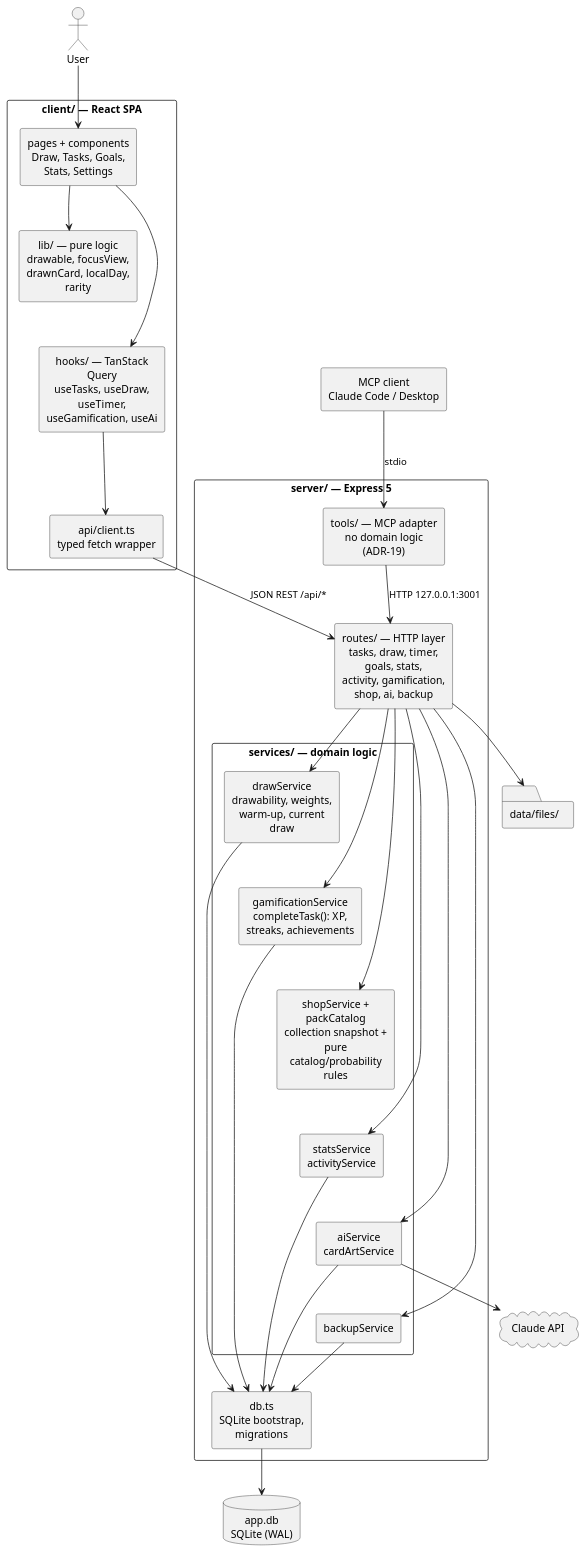
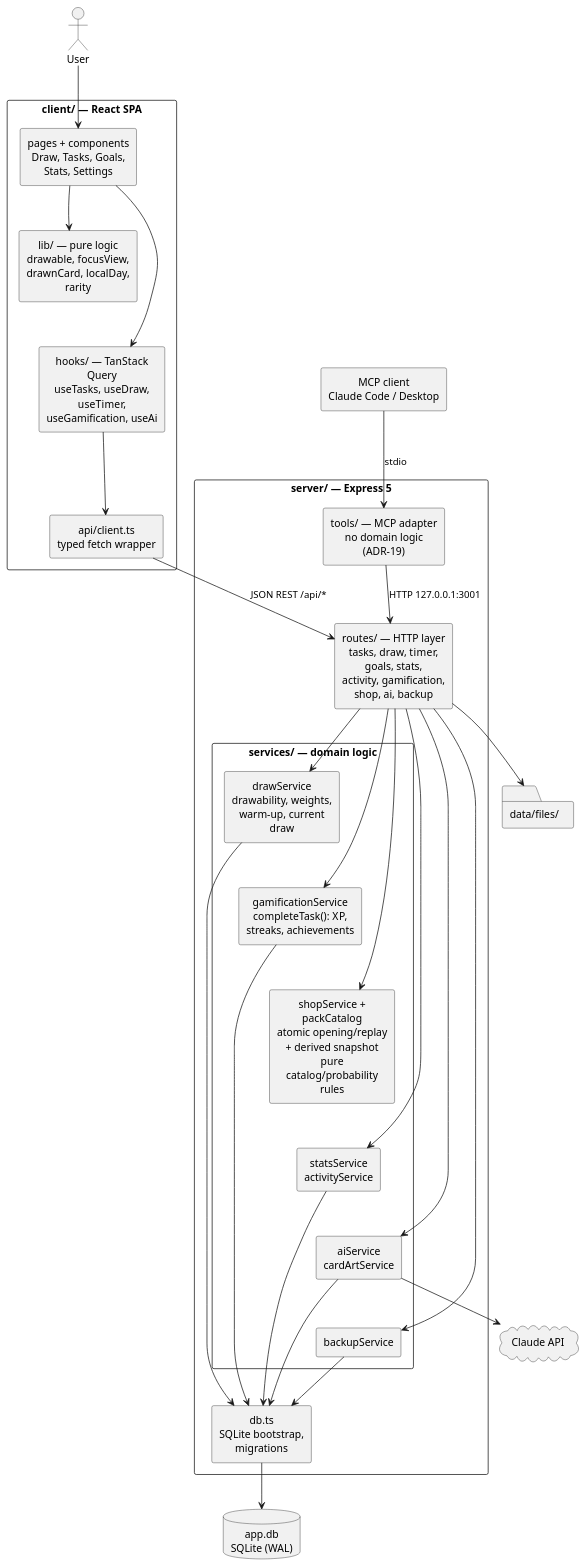
The diagram in docs/modules/ROOT/pages/05_building_block_view.adoc (FelixGeisler/draw), drawn with PlantUML before and after one commit. The commit also changed other lines of this file and 11 other files, not shown here.

```diff
--- a/docs/modules/ROOT/pages/05_building_block_view.adoc
+++ b/docs/modules/ROOT/pages/05_building_block_view.adoc
@@ -16,68 +16,68 @@
 [plantuml,building-blocks,svg]
 ....
 @startuml
 skinparam componentStyle rectangle
 skinparam shadowing false
 skinparam wrapWidth 150
 skinparam defaultTextAlignment center
 skinparam packageStyle rectangle
 hide stereotype
 
 actor "User" as user
 component "MCP client\nClaude Code / Desktop" as mcpClient
 
 package "client/ — React SPA" {
   component "pages + components\nDraw, Tasks, Goals,\nStats, Settings" as pages
   component "lib/ — pure logic\ndrawable, focusView,\ndrawnCard, localDay, rarity" as clib
   component "hooks/ — TanStack Query\nuseTasks, useDraw, useTimer,\nuseGamification, useAi" as hooks
   component "api/client.ts\ntyped fetch wrapper" as apiClient
 }
 
 package "server/ — Express 5" {
   component "tools/ — MCP adapter\nno domain logic (ADR-19)" as mcpAdapter
   component "routes/ — HTTP layer\ntasks, draw, timer, goals, stats,\nactivity, gamification, shop, ai, backup" as routes
   package "services/ — domain logic" {
     component "drawService\ndrawability, weights,\nwarm-up, current draw" as drawSvc
     component "gamificationService\ncompleteTask(): XP,\nstreaks, achievements" as gamSvc
-    component "shopService + packCatalog\ncollection snapshot + pure\ncatalog/probability rules" as shopSvc
+    component "shopService + packCatalog\natomic opening/replay + derived snapshot\npure catalog/probability rules" as shopSvc
     component "statsService\nactivityService" as statsSvc
     component "aiService\ncardArtService" as aiSvc
     component "backupService" as backupSvc
   }
   component "db.ts\nSQLite bootstrap, migrations" as dbmod
 }
 
 database "app.db\nSQLite (WAL)" as sqlite
 folder "data/files/" as files
 cloud "Claude API" as claude
 
 user --> pages
 pages --> hooks
 pages --> clib
 hooks --> apiClient
 apiClient --> routes : "JSON REST /api/*"
 mcpClient --> mcpAdapter : stdio
 mcpAdapter --> routes : "HTTP 127.0.0.1:3001"
 routes --> drawSvc
 routes --> gamSvc
 routes --> shopSvc
 routes --> statsSvc
 routes --> aiSvc
 routes --> backupSvc
 drawSvc -[hidden]-> gamSvc
 gamSvc -[hidden]-> shopSvc
 shopSvc -[hidden]-> statsSvc
 statsSvc -[hidden]-> aiSvc
 aiSvc -[hidden]-> backupSvc
 drawSvc --> dbmod
 gamSvc --> dbmod
 statsSvc --> dbmod
 aiSvc --> dbmod
 backupSvc --> dbmod
 dbmod --> sqlite
 routes --> files
 aiSvc --> claude
 pages -[hidden]-> clib
 clib -[hidden]-> hooks
 @enduml
 ....
```
